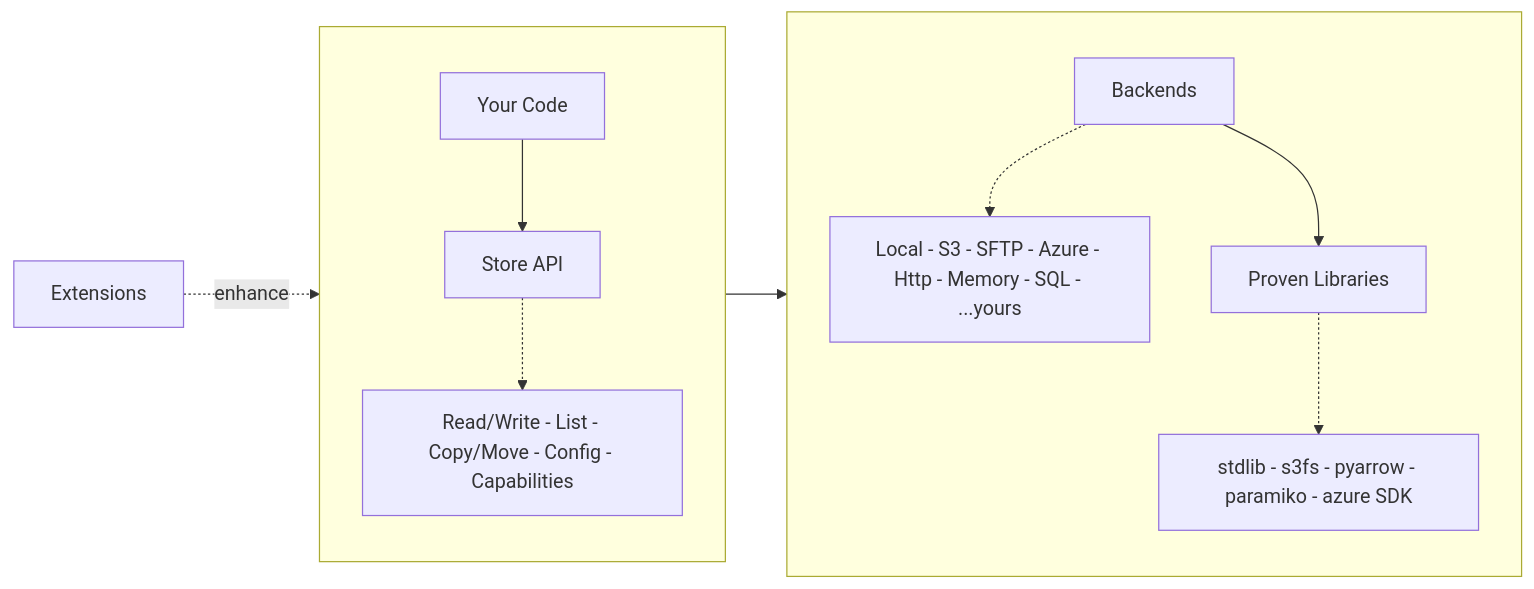
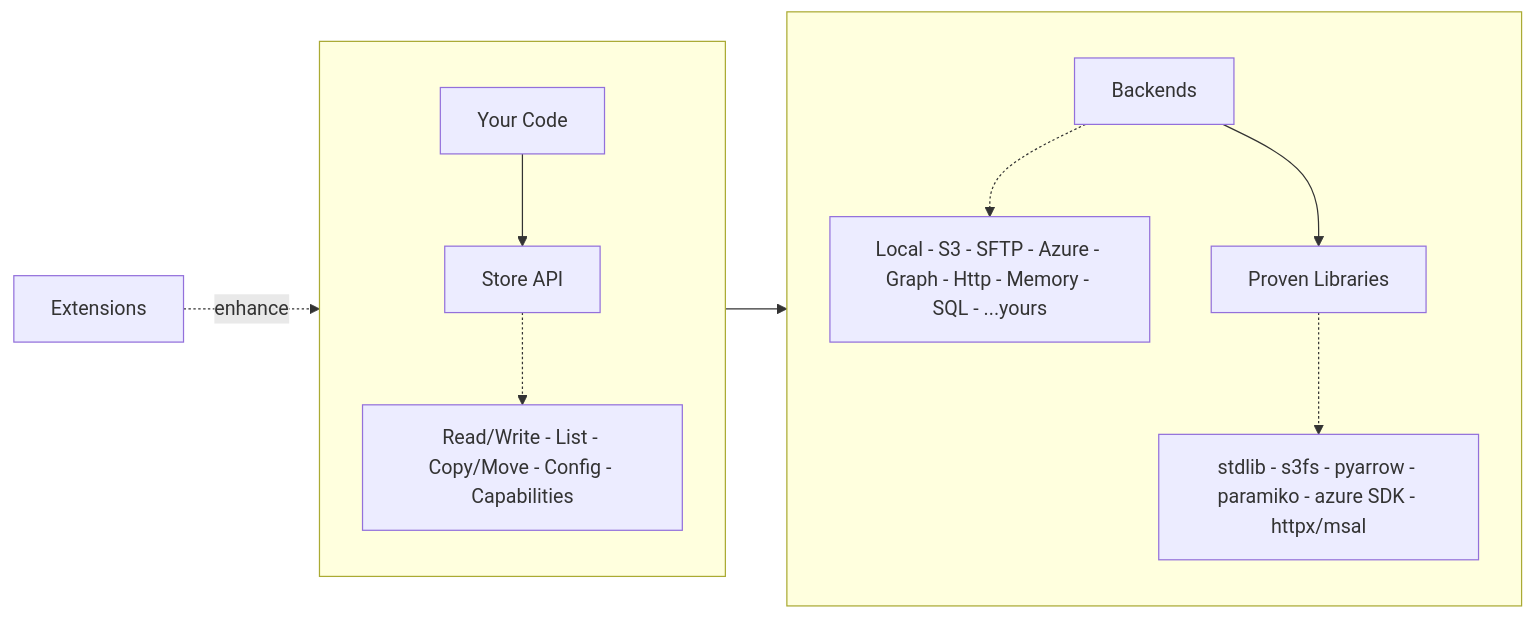
The diagram in docs-src/index.md (haalfi/remote-store), drawn with Mermaid before and after one commit. The commit also changed 22 other files, not shown here.

First line of the commit message:
ID-127: GR-DOCS-E2E — Graph guide, async listings, e2e hop (#764)

````diff
--- a/docs-src/index.md
+++ b/docs-src/index.md
@@ -19,27 +19,27 @@
 ```mermaid
 flowchart LR
     Ext["Extensions"]
 
     subgraph CORE[" "]
         direction TB
         API["Your Code"]
         Store["Store API"]
         Methods["Read/Write - List - Copy/Move - Config - Capabilities"]
         API --> Store
         Store -.-> Methods
     end
 
     subgraph INFRA[" "]
         direction TB
         Backends["Backends"]
-        B_list["Local - S3 - SFTP - Azure - Http - Memory - SQL - ...yours"]
+        B_list["Local - S3 - SFTP - Azure - Graph - Http - Memory - SQL - ...yours"]
         Libs["Proven Libraries"]
-        L_list["stdlib - s3fs - pyarrow - paramiko - azure SDK"]
+        L_list["stdlib - s3fs - pyarrow - paramiko - azure SDK - httpx/msal"]
         Backends -.-> B_list
         Backends --> Libs
         Libs -.-> L_list
     end
 
     Ext -. enhance .-> CORE
     CORE --> INFRA
 ```
````
